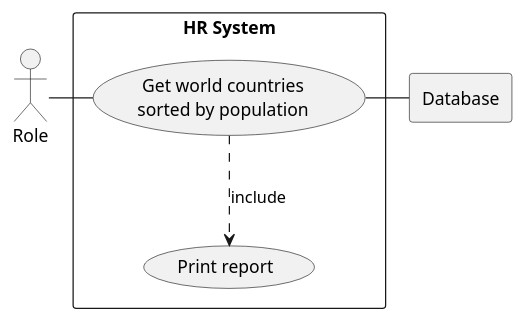
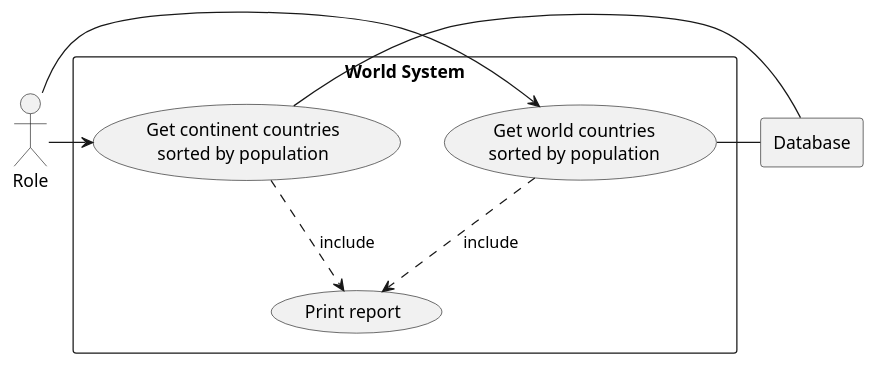
Before and after one commit to MelissaAstbury/SEMPopulationInformation: the diagram in use-cases/World-System.puml, drawn with PlantUML. The commit also changed 1 other file, not shown here.

Commit message:
Use case diagram updated

```diff
--- a/use-cases/World-System.puml
+++ b/use-cases/World-System.puml
@@ -1,18 +1,24 @@
 @startuml
 
 actor Role as "Role"
-
+top to bottom direction
 rectangle Database
 
-rectangle "HR System" {
+
+rectangle "World System" {
     usecase UC1 as "Get world countries
+    sorted by population"
+    usecase UC2 as "Get continent countries
     sorted by population"
 
     usecase UC1a as "Print report"
 
-    Role - UC1
+    Role -> UC1
+    Role -> UC2
     UC1 ..> UC1a : include
+    UC2 ..> UC1a : include
     UC1 - Database
+    UC2 - Database
 }
 
 @enduml
```
